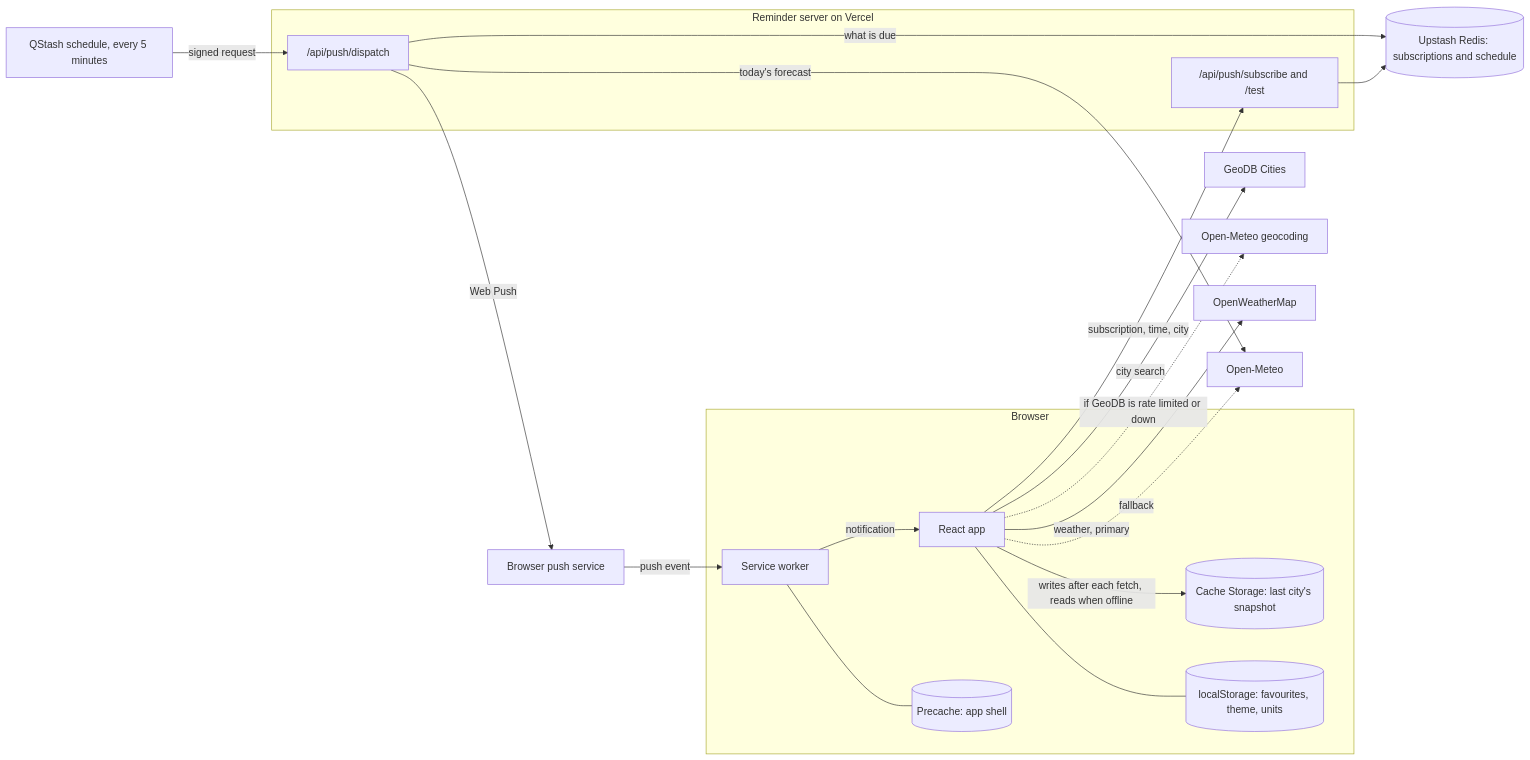
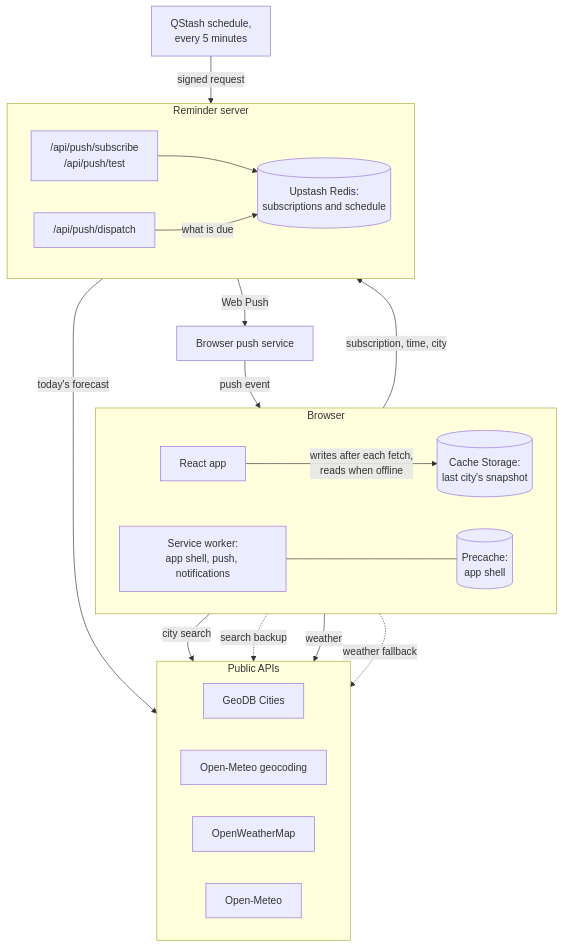
One commit to Abdullah213447/weatherboard changed the diagram in README.md. Above: the diagram before and after it, drawn with Mermaid.

Commit message:
docs(readme): lay the architecture diagram out top to bottom

````diff
--- a/README.md
+++ b/README.md
@@ -118,41 +118,42 @@
 ```mermaid
-flowchart LR
+flowchart TB
   subgraph Browser
+    direction LR
     App["React app"]
-    SW["Service worker"]
-    Shell[("Precache: app shell")]
-    Snap[("Cache Storage: last city's snapshot")]
-    LS[("localStorage: favourites, theme, units")]
+    Snap[("Cache Storage:<br/>last city's snapshot")]
+    SW["Service worker:<br/>app shell, push, notifications"]
+    Shell[("Precache:<br/>app shell")]
+    App -->|"writes after each fetch,<br/>reads when offline"| Snap
+    SW --- Shell
   end
 
-  GeoDB["GeoDB Cities"]
-  Geo["Open-Meteo geocoding"]
-  OWM["OpenWeatherMap"]
-  OM["Open-Meteo"]
+  subgraph APIs["Public APIs"]
+    direction LR
+    GeoDB["GeoDB Cities"]
+    Geo["Open-Meteo geocoding"]
+    OWM["OpenWeatherMap"]
+    OM["Open-Meteo"]
+  end
+
+  subgraph Reminders["Reminder server"]
+    direction LR
+    Sub["/api/push/subscribe<br/>/api/push/test"]
+    Redis[("Upstash Redis:<br/>subscriptions and schedule")]
+    Disp["/api/push/dispatch"]
+    Sub --> Redis
+    Disp -->|"what is due"| Redis
+  end
+
+  QStash["QStash schedule,<br/>every 5 minutes"]
+  Push["Browser push service"]
 
   App -->|"city search"| GeoDB
-  App -.->|"if GeoDB is rate limited or down"| Geo
-  App -->|"weather, primary"| OWM
-  App -.->|"fallback"| OM
-  App -->|"writes after each fetch, reads when offline"| Snap
-  App --- LS
-  SW --- Shell
-
-  subgraph Reminders["Reminder server on Vercel"]
-    Sub["/api/push/subscribe and /test"]
-    Disp["/api/push/dispatch"]
-  end
-
-  QStash["QStash schedule, every 5 minutes"]
-  Redis[("Upstash Redis: subscriptions and schedule")]
-  Push["Browser push service"]
-
+  App -.->|"search backup"| Geo
+  App -->|"weather"| OWM
+  App -.->|"weather fallback"| OM
   App -->|"subscription, time, city"| Sub
-  Sub --> Redis
   QStash -->|"signed request"| Disp
-  Disp -->|"what is due"| Redis
   Disp -->|"today's forecast"| OM
   Disp -->|"Web Push"| Push
   Push -->|"push event"| SW
-  SW -->|"notification"| App
 ```
````
